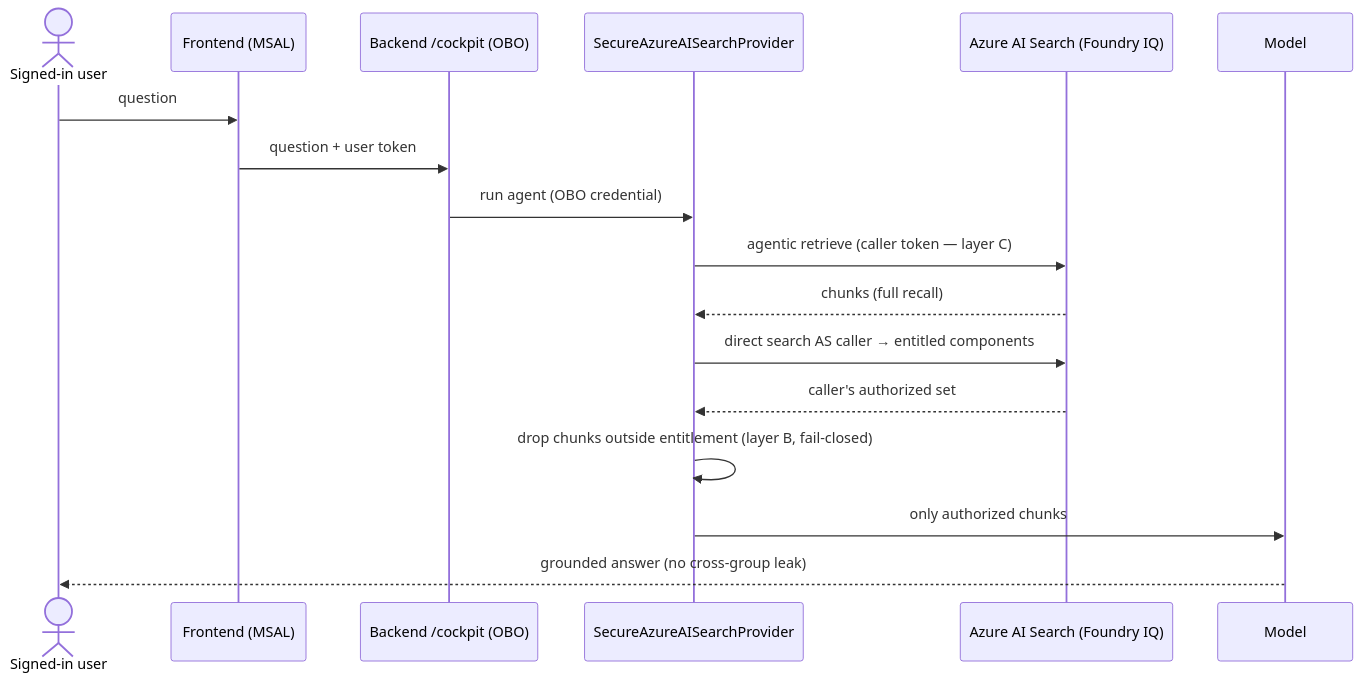
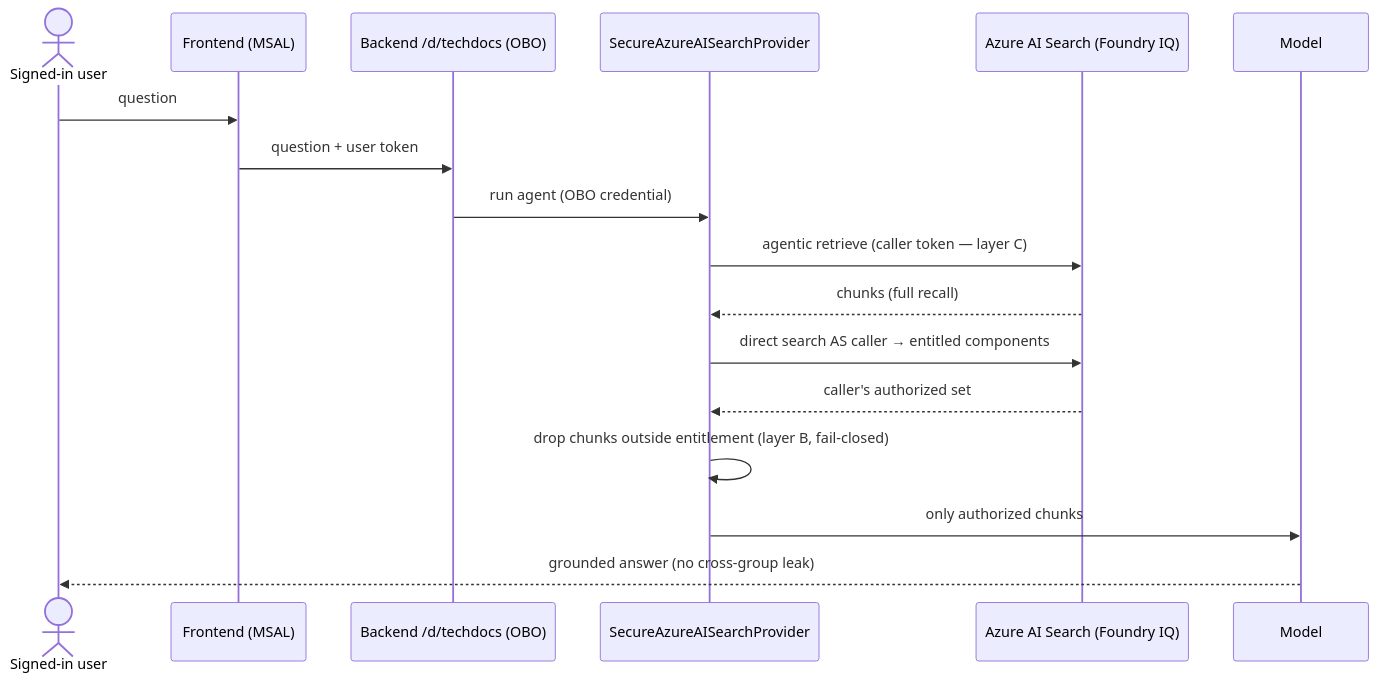
The fourth of 4 diagrams in docs/METHOD.md (ruinosus/foundry-assured), drawn with Mermaid before and after one commit. The commit also changed other lines of this file and 20 other files, not shown here.

````diff
--- a/docs/METHOD.md
+++ b/docs/METHOD.md
@@ -137,19 +137,19 @@
    ```mermaid
    sequenceDiagram
      actor U as Signed-in user
      participant FE as Frontend (MSAL)
-     participant BE as Backend /cockpit (OBO)
+     participant BE as Backend /d/techdocs (OBO)
      participant SP as SecureAzureAISearchProvider
      participant S as Azure AI Search (Foundry IQ)
      participant M as Model
      U->>FE: question
      FE->>BE: question + user token
      BE->>SP: run agent (OBO credential)
      SP->>S: agentic retrieve (caller token — layer C)
      S-->>SP: chunks (full recall)
      SP->>S: direct search AS caller → entitled components
      S-->>SP: caller's authorized set
      SP->>SP: drop chunks outside entitlement (layer B, fail-closed)
      SP->>M: only authorized chunks
      M-->>U: grounded answer (no cross-group leak)
    ```
````
